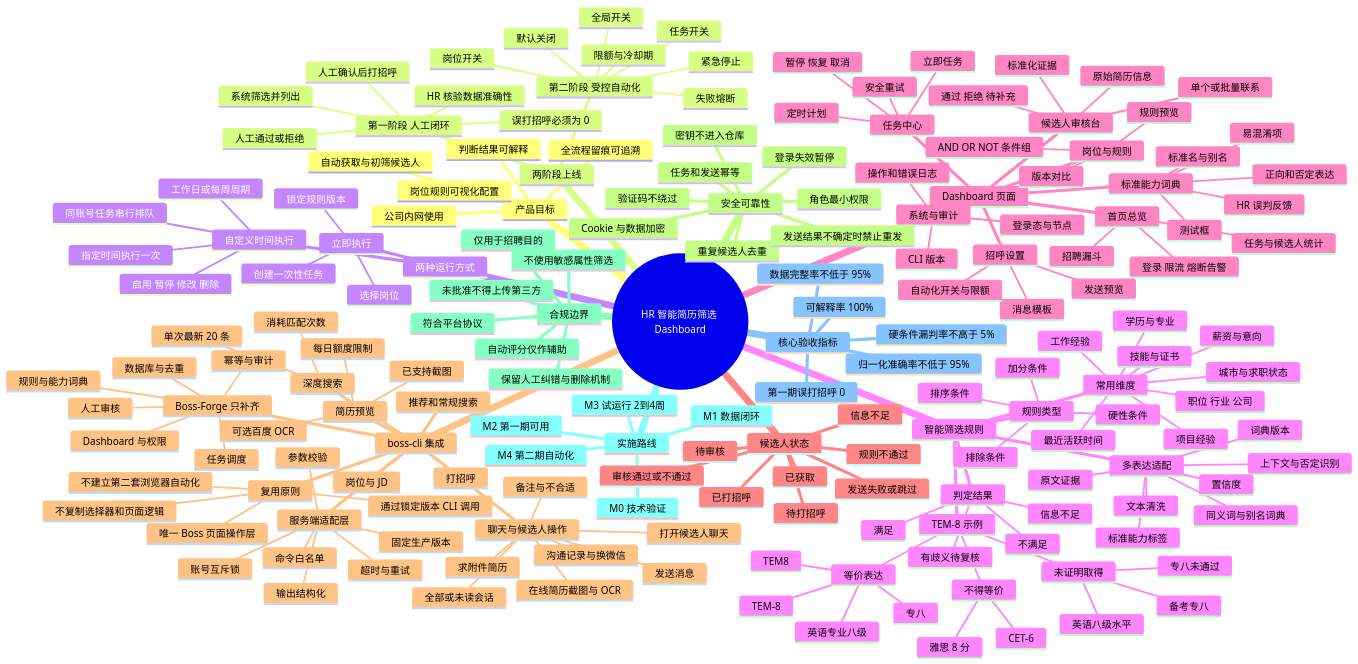
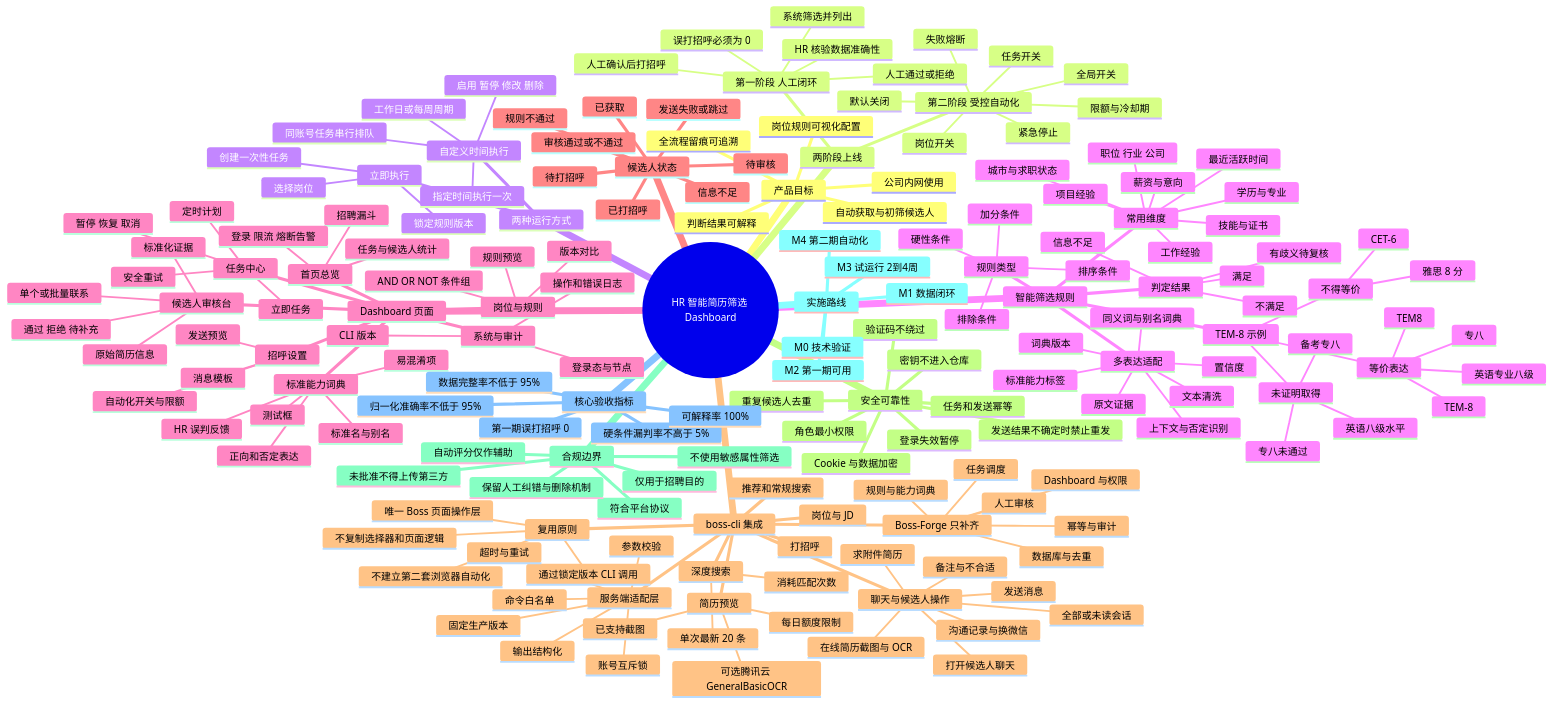
The diagram in docs/HR_DASHBOARD_MINDMAP.md (JasonEran/Boss-Forge), drawn with Mermaid before and after one commit. The commit also changed 14 other files, not shown here.

```diff
--- a/docs/HR_DASHBOARD_MINDMAP.md
+++ b/docs/HR_DASHBOARD_MINDMAP.md
@@ -131,7 +131,7 @@
       简历预览
         每日额度限制
         已支持截图
-        可选百度 OCR
+        可选腾讯云 GeneralBasicOCR
       打招呼
       聊天与候选人操作
         全部或未读会话
```
